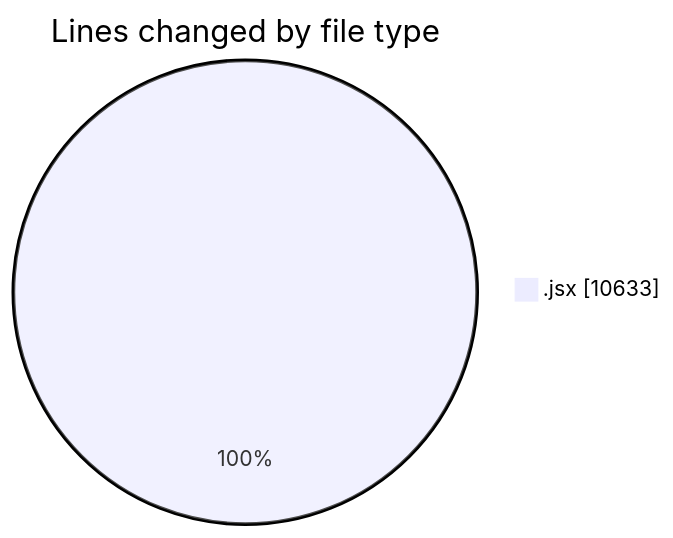
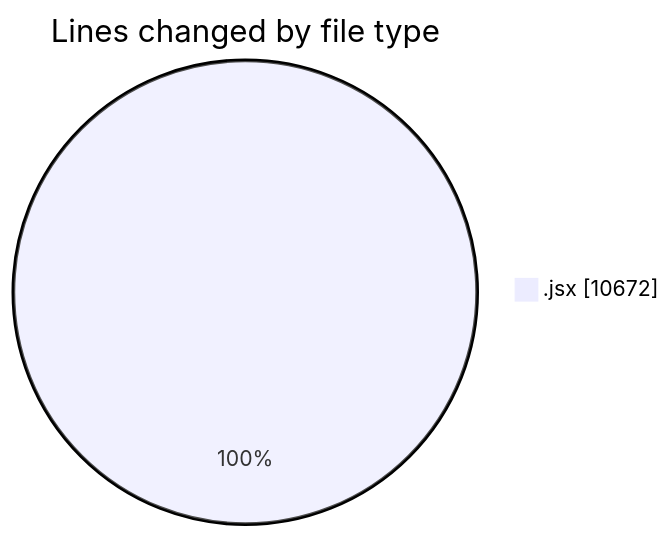
Before and after one commit to nxtqubesakshisongat/code-tracking: the first of 2 diagrams in 2025-05-26/nxtqube_webapp/README.md, drawn with Mermaid. The commit also changed other lines of this file and 1 other file, not shown here.

````diff
--- a/2025-05-26/nxtqube_webapp/README.md
+++ b/2025-05-26/nxtqube_webapp/README.md
@@ -23,5 +23,5 @@
 ```mermaid
 pie showData
 title Lines changed by file type
-".jsx" : 10633
+".jsx" : 10672
 ```
````
